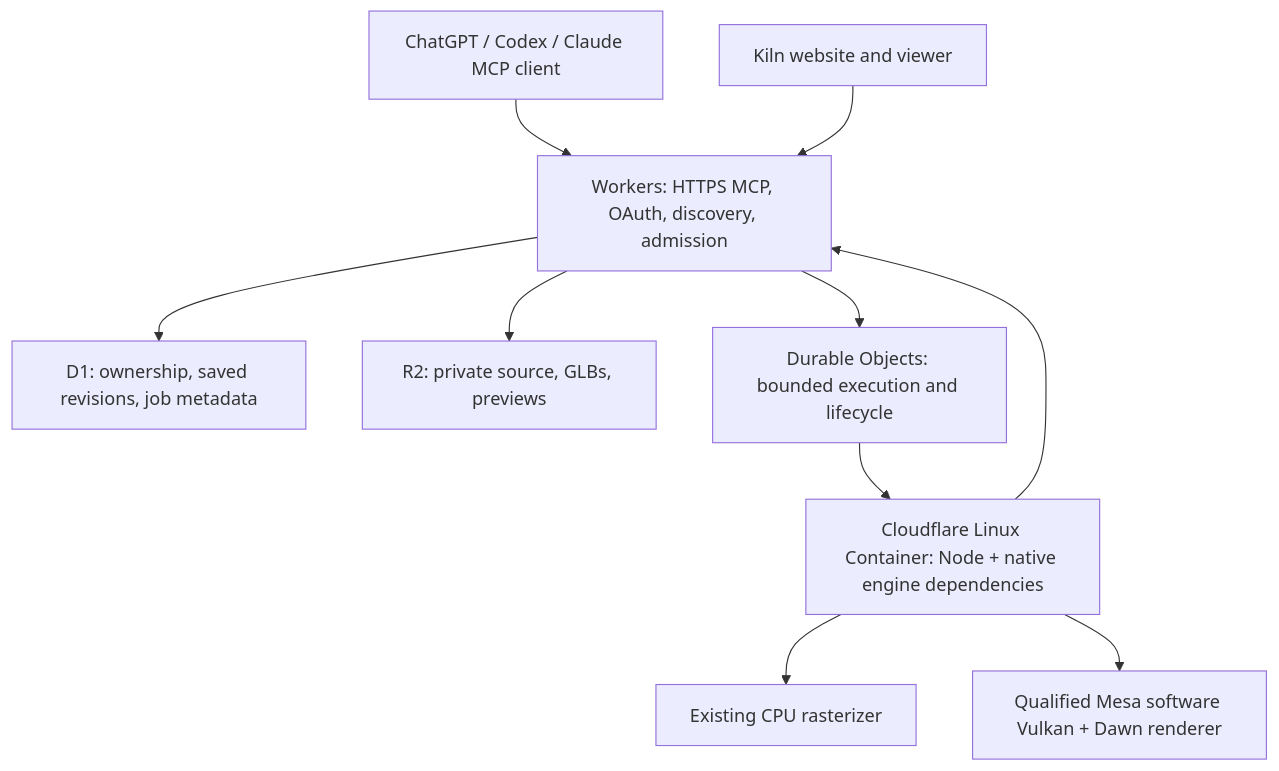
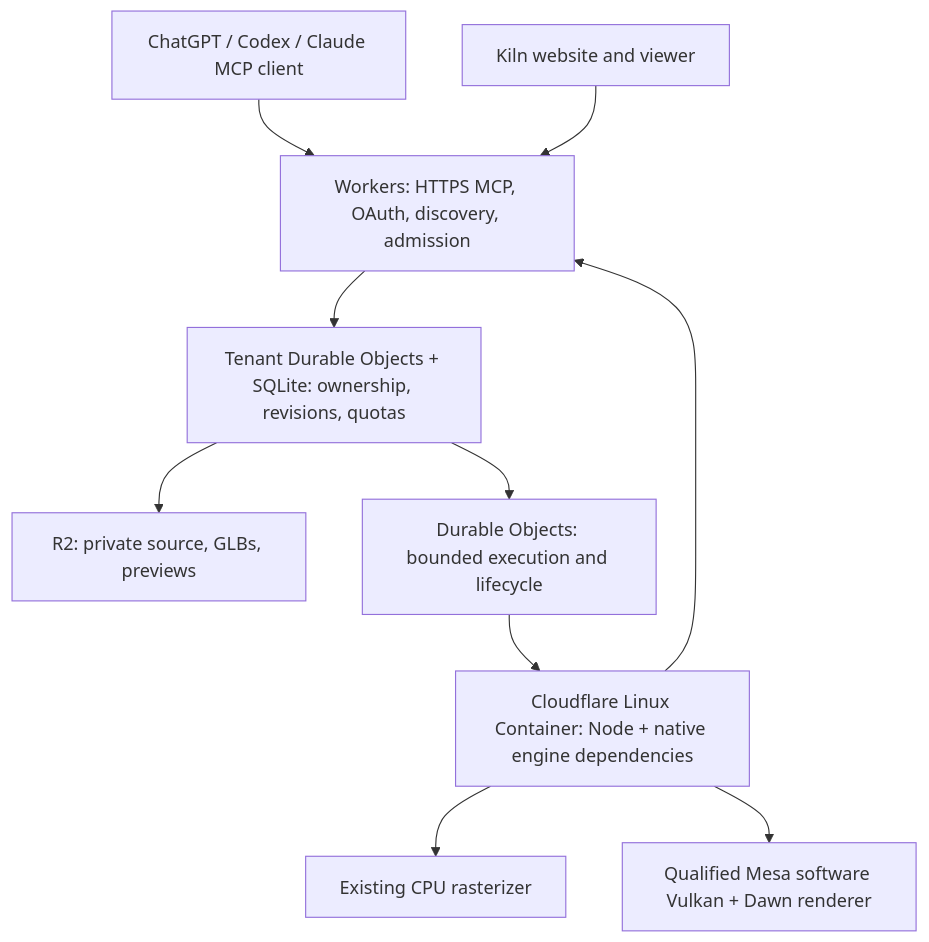
One commit to instruktlabs/kiln changed the diagram in docs/plans/2026-10-06-hosting-economics.md. Above: the diagram before and after it, drawn with Mermaid. The commit also changed other lines of this file and 14 other files, not shown here.

````diff
--- a/docs/plans/2026-10-06-hosting-economics.md
+++ b/docs/plans/2026-10-06-hosting-economics.md
@@ -35,12 +35,12 @@
 ```mermaid
 flowchart TD
     Client[ChatGPT / Codex / Claude MCP client] --> Edge[Workers: HTTPS MCP, OAuth, discovery, admission]
     Browser[Kiln website and viewer] --> Edge
-    Edge --> Meta[D1: ownership, saved revisions, job metadata]
-    Edge --> Files[R2: private source, GLBs, previews]
-    Edge --> Scheduler[Durable Objects: bounded execution and lifecycle]
+    Edge --> Meta[Tenant Durable Objects + SQLite: ownership, revisions, quotas]
+    Meta --> Files[R2: private source, GLBs, previews]
+    Meta --> Scheduler[Durable Objects: bounded execution and lifecycle]
     Scheduler --> Compute[Cloudflare Linux Container: Node + native engine dependencies]
     Compute --> CPU[Existing CPU rasterizer]
     Compute --> Software[Qualified Mesa software Vulkan + Dawn renderer]
     Compute --> Edge
 ```
````
